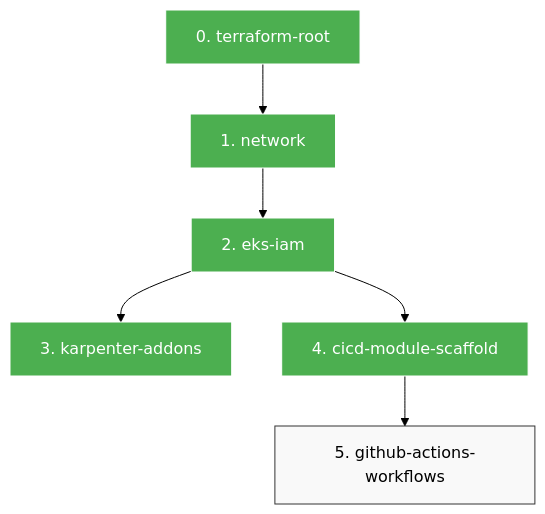
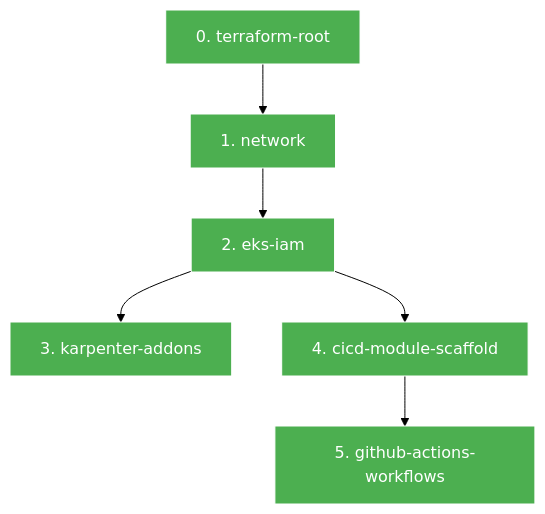
One commit to masondev1024/robot-data-pipeline changed the diagram in phases/0-setup/DAG.md. Above: the diagram before and after it, drawn with Mermaid (forest theme). The commit also changed 2 other files, not shown here.

Commit message:
chore(0-setup): mark phase completed

````diff
--- a/phases/0-setup/DAG.md
+++ b/phases/0-setup/DAG.md
@@ -3,24 +3,24 @@
 ```mermaid
 graph TD
   classDef completed fill:#4CAF50,stroke:#fff,color:#fff;
   classDef pending fill:#f9f9f9,stroke:#333;
   classDef error fill:#f44336,stroke:#fff,color:#fff;
   classDef blocked fill:#FF9800,stroke:#fff,color:#fff;
   S0["0. terraform-root"]
   class S0 completed;
   S1["1. network"]
   class S1 completed;
   S0 --> S1
   S2["2. eks-iam"]
   class S2 completed;
   S1 --> S2
   S3["3. karpenter-addons"]
   class S3 completed;
   S2 --> S3
   S4["4. cicd-module-scaffold"]
   class S4 completed;
   S2 --> S4
   S5["5. github-actions-workflows"]
-  class S5 pending;
+  class S5 completed;
   S4 --> S5
 ```
````
